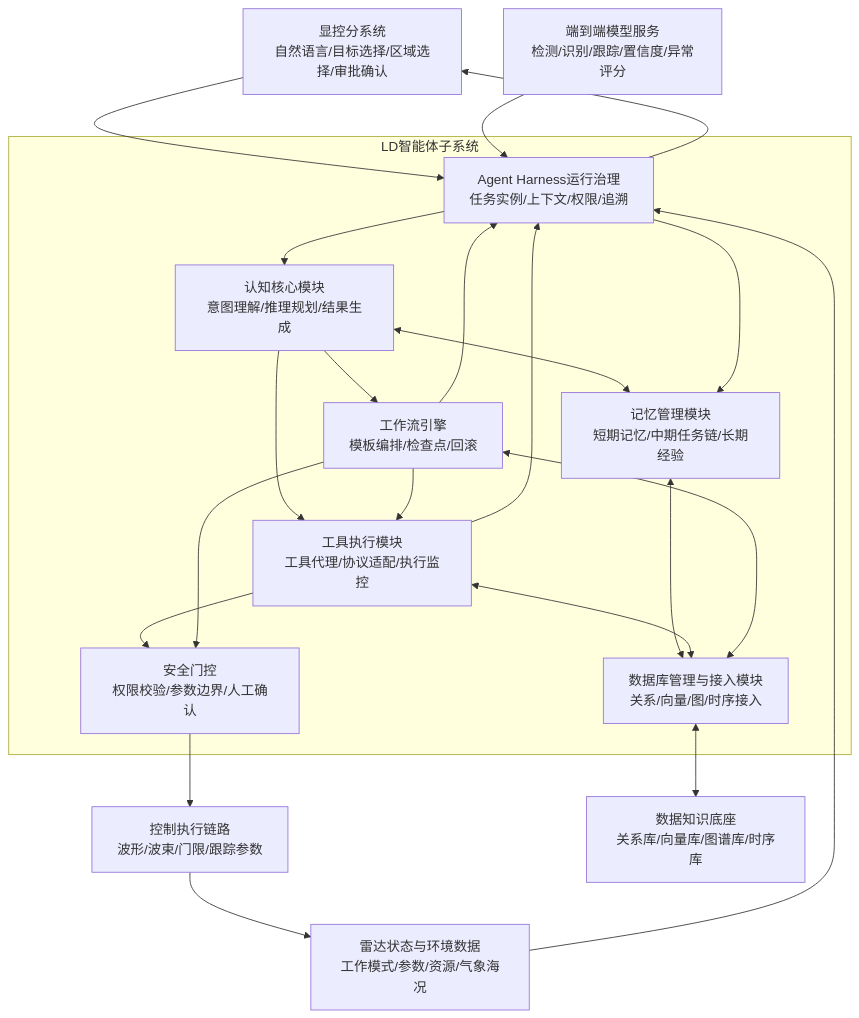
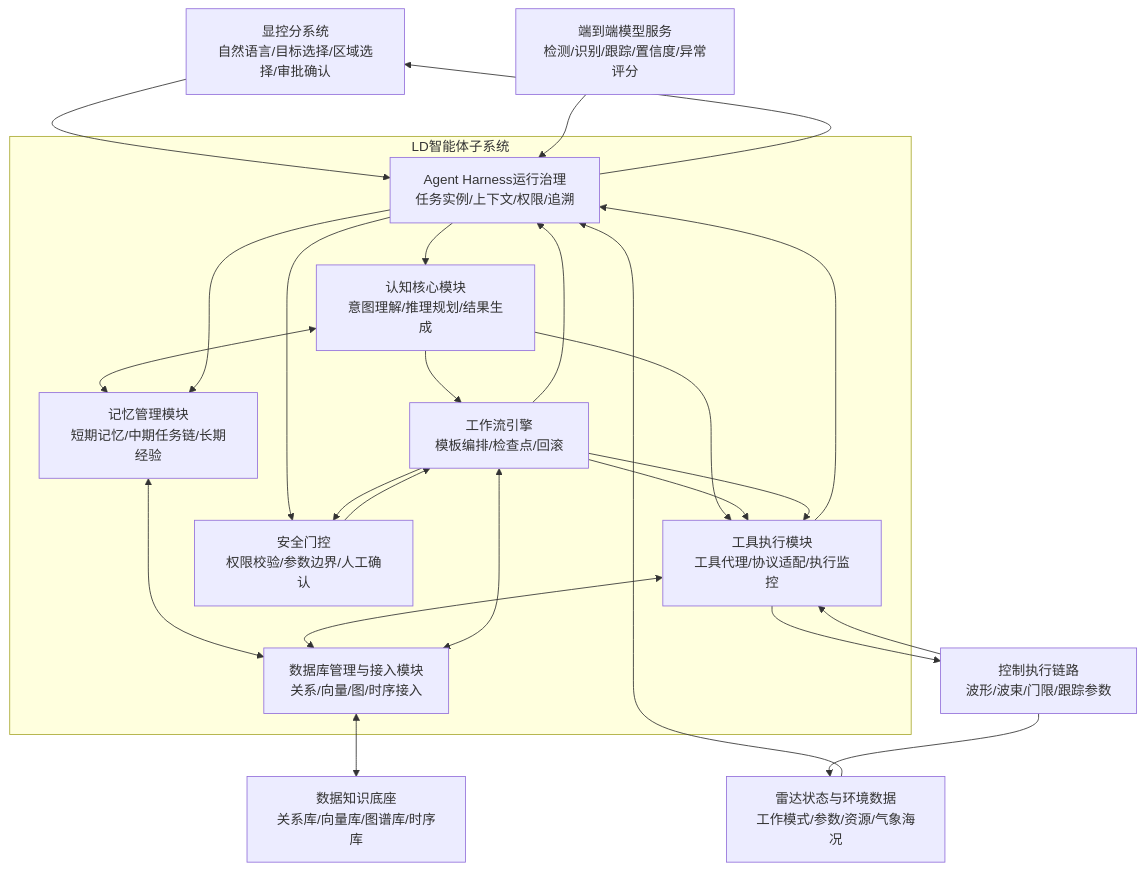
The first of 7 diagrams in radar agent/4.3.3.2 LD智能体子系统技术方案.md (StormSeven1/obsidian-vault), drawn with Mermaid before and after one commit. The commit also changed other lines of this file, not shown here.

````diff
--- a/radar agent/4.3.3.2 LD智能体子系统技术方案.md
+++ b/radar agent/4.3.3.2 LD智能体子系统技术方案.md
@@ -21,39 +21,42 @@
 ```mermaid
 graph TB
     HMI[显控分系统<br/>自然语言/目标选择/区域选择/审批确认]
     MODEL[端到端模型服务<br/>检测/识别/跟踪/置信度/异常评分]
     STATUS[雷达状态与环境数据<br/>工作模式/参数/资源/气象海况]
     CONTROL[控制执行链路<br/>波形/波束/门限/跟踪参数]
     DATA[数据知识底座<br/>关系库/向量库/图谱库/时序库]
 
     subgraph AGENT[LD智能体子系统]
         HARNESS[Agent Harness运行治理<br/>任务实例/上下文/权限/追溯]
         COG[认知核心模块<br/>意图理解/推理规划/结果生成]
         MEM[记忆管理模块<br/>短期记忆/中期任务链/长期经验]
         TOOL[工具执行模块<br/>工具代理/协议适配/执行监控]
         FLOW[工作流引擎<br/>模板编排/检查点/回滚]
         DB[数据库管理与接入模块<br/>关系/向量/图/时序接入]
         GUARD[安全门控<br/>权限校验/参数边界/人工确认]
     end
 
     HMI --> HARNESS
     MODEL --> HARNESS
     STATUS --> HARNESS
     HARNESS --> COG
     COG <--> MEM
     MEM <--> DB
     COG --> TOOL
     COG --> FLOW
     FLOW --> TOOL
     TOOL <--> DB
     FLOW <--> DB
     DB <--> DATA
-    TOOL --> GUARD
+    HARNESS --> GUARD
     FLOW --> GUARD
-    GUARD --> CONTROL
+    GUARD --> FLOW
+    FLOW --> TOOL
+    TOOL --> CONTROL
+    CONTROL --> TOOL
     CONTROL --> STATUS
     TOOL --> HARNESS
     FLOW --> HARNESS
     HARNESS --> HMI
     HARNESS --> MEM
 ```
````
